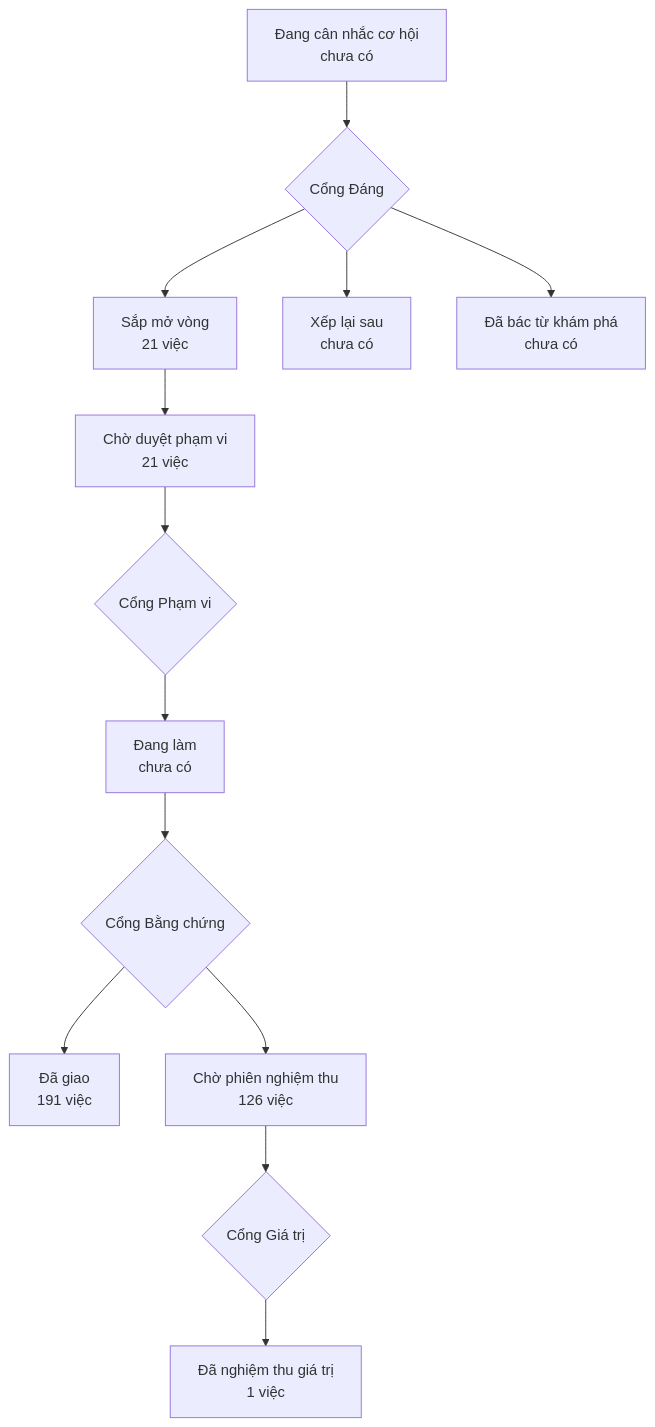
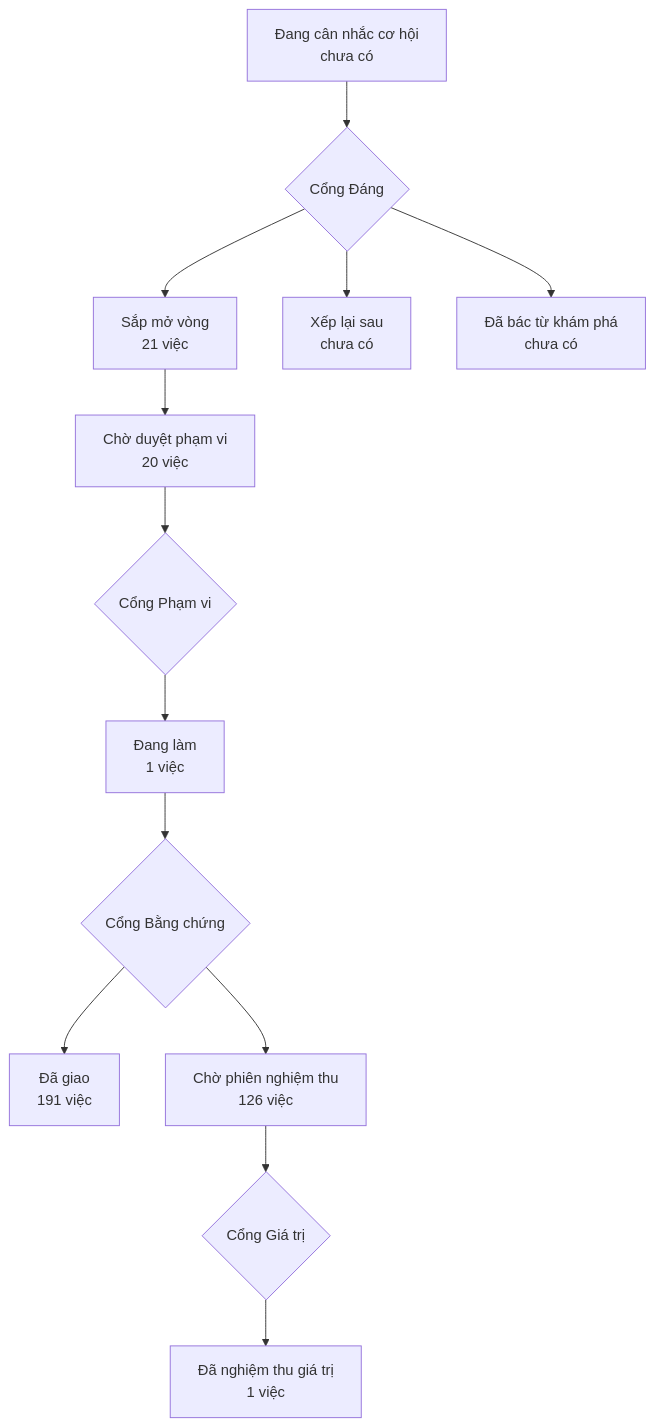
One commit to phanlemanh/onehub-invest changed the diagram in PRODUCT-MAP.md. Above: the diagram before and after it, drawn with Mermaid. The commit also changed other lines of this file and 2 other files, not shown here.

Commit message:
Gate 1: goi-thang-anthropic — Mạnh duyệt theo khuyến nghị (Hỏi-1 chấp nhận, Hỏi-2 tự lùi)

````diff
--- a/PRODUCT-MAP.md
+++ b/PRODUCT-MAP.md
@@ -7,12 +7,12 @@
 ```mermaid
 flowchart TD
   A["Đang cân nhắc cơ hội<br/>chưa có"] --> GD{"Cổng Đáng"}
   GD --> B["Sắp mở vòng<br/>21 việc"]
   GD --> XL["Xếp lại sau<br/>chưa có"]
   GD --> DB["Đã bác từ khám phá<br/>chưa có"]
-  B --> CD["Chờ duyệt phạm vi<br/>21 việc"] --> GP{"Cổng Phạm vi"}
-  GP --> DL["Đang làm<br/>chưa có"] --> GB{"Cổng Bằng chứng"}
+  B --> CD["Chờ duyệt phạm vi<br/>20 việc"] --> GP{"Cổng Phạm vi"}
+  GP --> DL["Đang làm<br/>1 việc"] --> GB{"Cổng Bằng chứng"}
   GB --> DG["Đã giao<br/>191 việc"]
   GB --> CN["Chờ phiên nghiệm thu<br/>126 việc"] --> GG{"Cổng Giá trị"}
   GG --> NT["Đã nghiệm thu giá trị<br/>1 việc"]
 ```
````
